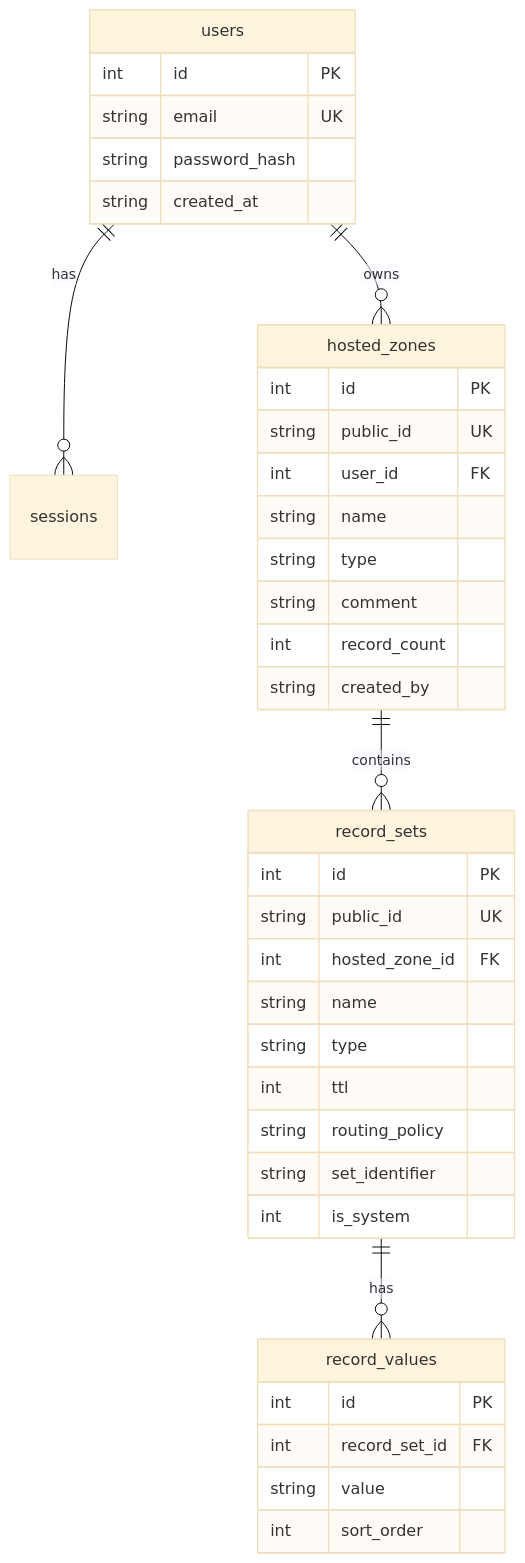
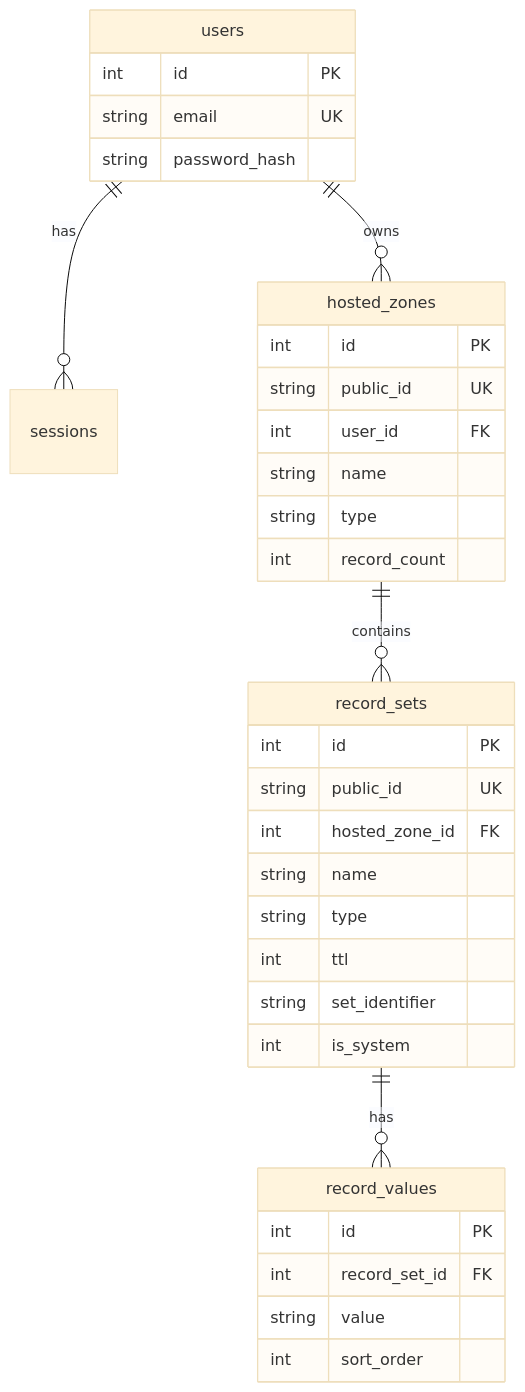
One commit to Chinmay-903/Route_53_Clone_Service changed the second of 2 diagrams in README.md. Above: the diagram before and after it, drawn with Mermaid (base theme). The commit also changed other lines of this file and 17 other files, not shown here.

````diff
--- a/README.md
+++ b/README.md
@@ -132,41 +91,37 @@
 ```mermaid
 erDiagram
     users ||--o{ sessions : has
     users ||--o{ hosted_zones : owns
     hosted_zones ||--o{ record_sets : contains
     record_sets ||--o{ record_values : has
 
     users {
       int id PK
       string email UK
       string password_hash
-      string created_at
     }
     hosted_zones {
       int id PK
       string public_id UK
       int user_id FK
       string name
       string type
-      string comment
       int record_count
-      string created_by
     }
     record_sets {
       int id PK
       string public_id UK
       int hosted_zone_id FK
       string name
       string type
       int ttl
-      string routing_policy
       string set_identifier
       int is_system
     }
     record_values {
       int id PK
       int record_set_id FK
       string value
       int sort_order
     }
 ```
````
